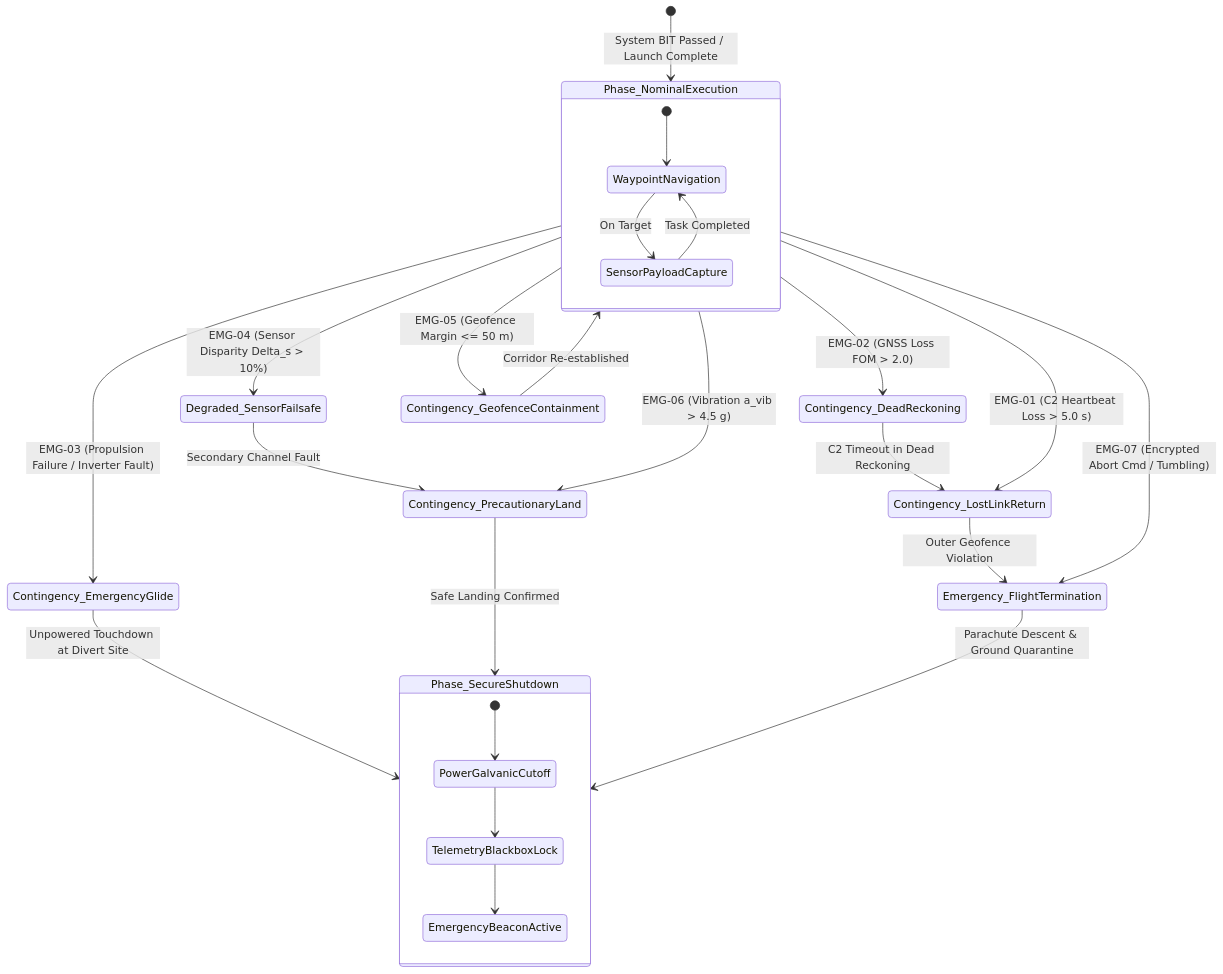
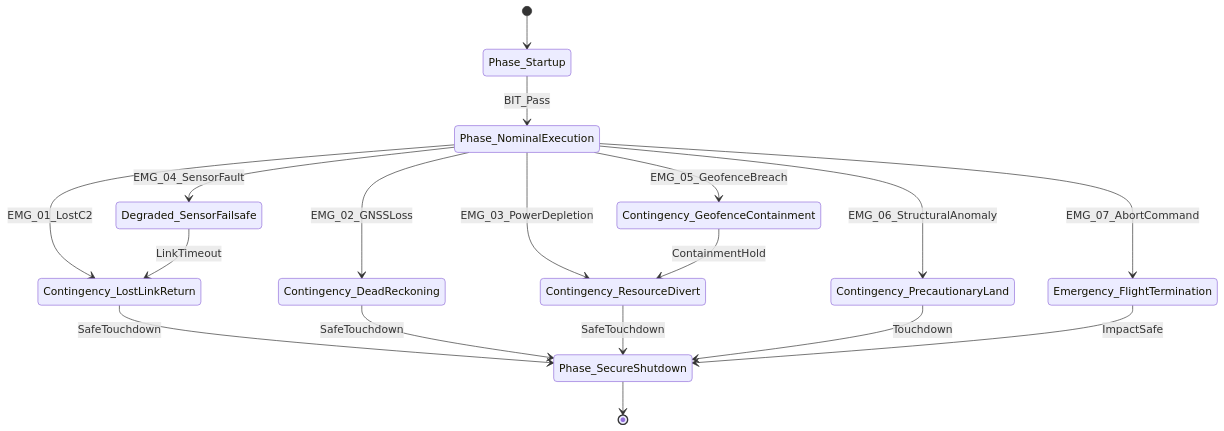
Before and after one commit to gintatkinson/uav-13: the diagram in docs/conops/units/conops/12_EMERGENCY_DECISION_MATRIX.md, drawn with Mermaid. The commit also changed other lines of this file and 37 other files, not shown here.

````diff
--- a/docs/conops/units/conops/12_EMERGENCY_DECISION_MATRIX.md
+++ b/docs/conops/units/conops/12_EMERGENCY_DECISION_MATRIX.md
@@ -37,32 +35,20 @@
 ```mermaid
 stateDiagram-v2
-    [*] --> Phase_NominalExecution : System BIT Passed / Launch Complete
-
-    state Phase_NominalExecution {
-        [*] --> WaypointNavigation
-        WaypointNavigation --> SensorPayloadCapture : On Target
-        SensorPayloadCapture --> WaypointNavigation : Task Completed
-    }
-
-    Phase_NominalExecution --> Degraded_SensorFailsafe : EMG-04 (Sensor Disparity Delta_s > 10%)
-    Phase_NominalExecution --> Contingency_DeadReckoning : EMG-02 (GNSS Loss FOM > 2.0)
-    Phase_NominalExecution --> Contingency_LostLinkReturn : EMG-01 (C2 Heartbeat Loss > 5.0 s)
-    Phase_NominalExecution --> Contingency_GeofenceContainment : EMG-05 (Geofence Margin <= 50 m)
-    Phase_NominalExecution --> Contingency_PrecautionaryLand : EMG-06 (Vibration a_vib > 4.5 g)
-    Phase_NominalExecution --> Contingency_EmergencyGlide : EMG-03 (Propulsion Failure / Inverter Fault)
-    Phase_NominalExecution --> Emergency_FlightTermination : EMG-07 (Encrypted Abort Cmd / Tumbling)
-
-    Degraded_SensorFailsafe --> Contingency_PrecautionaryLand : Secondary Channel Fault
-    Contingency_DeadReckoning --> Contingency_LostLinkReturn : C2 Timeout in Dead Reckoning
-    Contingency_LostLinkReturn --> Emergency_FlightTermination : Outer Geofence Violation
-    Contingency_GeofenceContainment --> Phase_NominalExecution : Corridor Re-established
-    Contingency_EmergencyGlide --> Phase_SecureShutdown : Unpowered Touchdown at Divert Site
-    Contingency_PrecautionaryLand --> Phase_SecureShutdown : Safe Landing Confirmed
-    Emergency_FlightTermination --> Phase_SecureShutdown : Parachute Descent & Ground Quarantine
-
-    state Phase_SecureShutdown {
-        [*] --> PowerGalvanicCutoff
-        PowerGalvanicCutoff --> TelemetryBlackboxLock
-        TelemetryBlackboxLock --> EmergencyBeaconActive
-    }
+    [*] --> Phase_Startup
+    Phase_Startup --> Phase_NominalExecution : BIT_Pass
+    Phase_NominalExecution --> Degraded_SensorFailsafe : EMG_04_SensorFault
+    Phase_NominalExecution --> Contingency_LostLinkReturn : EMG_01_LostC2
+    Phase_NominalExecution --> Contingency_DeadReckoning : EMG_02_GNSSLoss
+    Phase_NominalExecution --> Contingency_ResourceDivert : EMG_03_PowerDepletion
+    Phase_NominalExecution --> Contingency_GeofenceContainment : EMG_05_GeofenceBreach
+    Phase_NominalExecution --> Contingency_PrecautionaryLand : EMG_06_StructuralAnomaly
+    Phase_NominalExecution --> Emergency_FlightTermination : EMG_07_AbortCommand
+    Degraded_SensorFailsafe --> Contingency_LostLinkReturn : LinkTimeout
+    Contingency_LostLinkReturn --> Phase_SecureShutdown : SafeTouchdown
+    Contingency_DeadReckoning --> Phase_SecureShutdown : SafeTouchdown
+    Contingency_ResourceDivert --> Phase_SecureShutdown : SafeTouchdown
+    Contingency_GeofenceContainment --> Contingency_ResourceDivert : ContainmentHold
+    Contingency_PrecautionaryLand --> Phase_SecureShutdown : Touchdown
+    Emergency_FlightTermination --> Phase_SecureShutdown : ImpactSafe
+    Phase_SecureShutdown --> [*]
 ```
````
